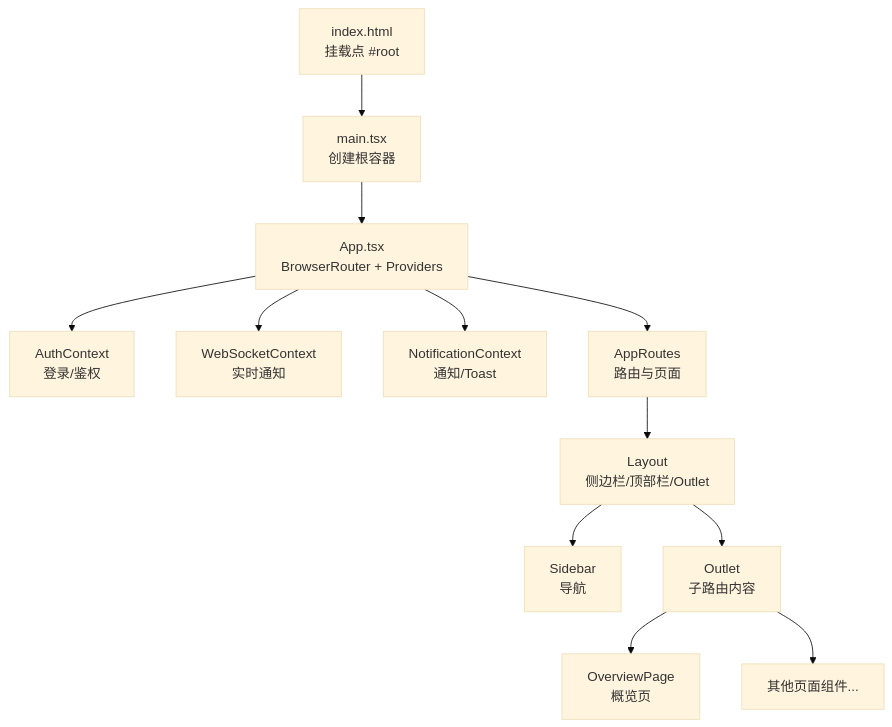
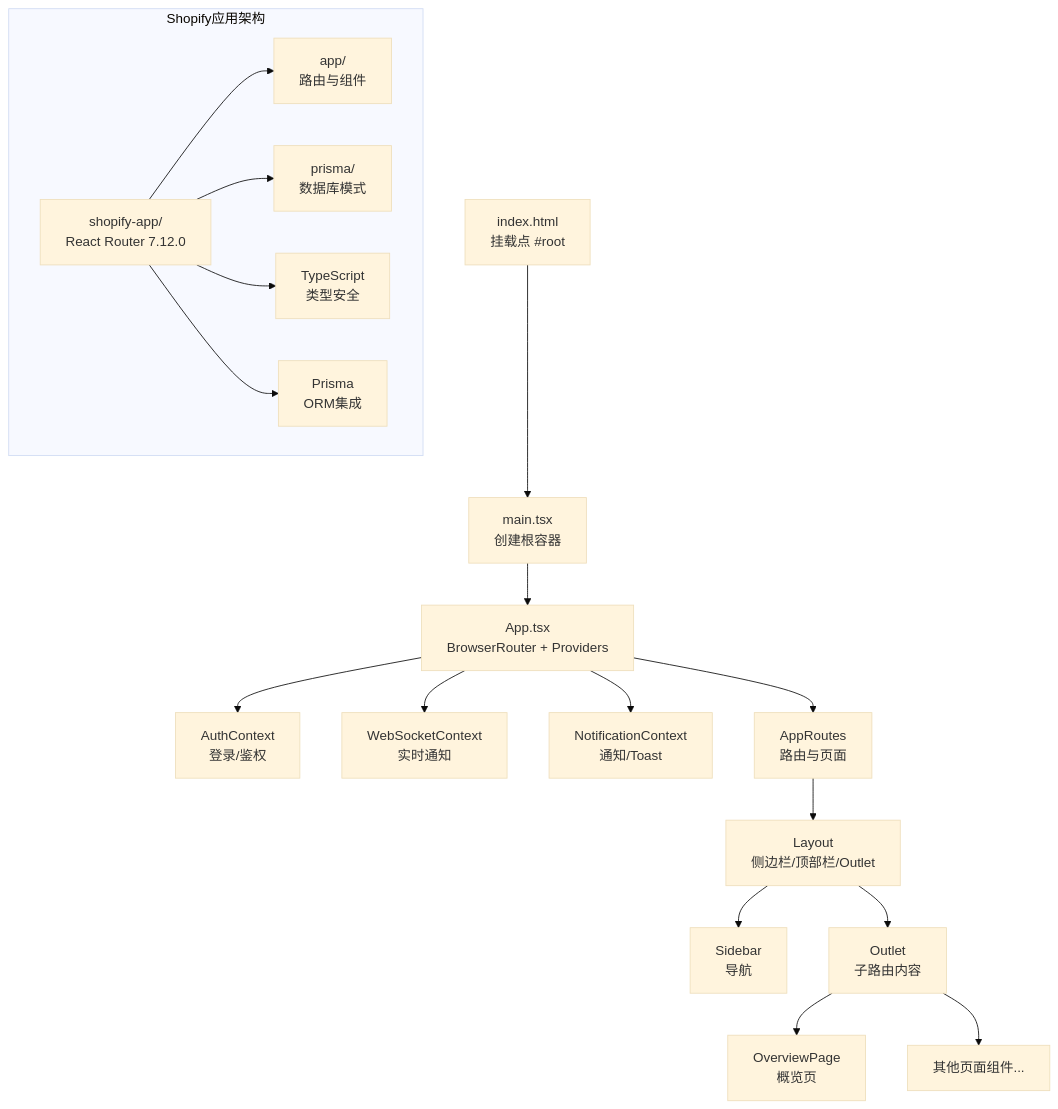
Before and after one commit to angledick/-: the first of 11 diagrams in .qoder/repowiki/zh/content/前端应用架构/React应用结构.md, drawn with Mermaid (base theme). The commit also changed other lines of this file and 9 other files, not shown here.

````diff
--- a/.qoder/repowiki/zh/content/前端应用架构/React应用结构.md
+++ b/.qoder/repowiki/zh/content/前端应用架构/React应用结构.md
@@ -60,14 +83,21 @@
 ```mermaid
 graph TB
 A["index.html<br/>挂载点 #root"] --> B["main.tsx<br/>创建根容器"]
 B --> C["App.tsx<br/>BrowserRouter + Providers"]
 C --> D["AuthContext<br/>登录/鉴权"]
 C --> E["WebSocketContext<br/>实时通知"]
 C --> F["NotificationContext<br/>通知/Toast"]
 C --> G["AppRoutes<br/>路由与页面"]
 G --> H["Layout<br/>侧边栏/顶部栏/Outlet"]
 H --> I["Sidebar<br/>导航"]
 H --> J["Outlet<br/>子路由内容"]
 J --> K["OverviewPage<br/>概览页"]
 J --> L["其他页面组件..."]
+subgraph "Shopify应用架构"
+S["shopify-app/<br/>React Router 7.12.0"]
+S --> R["app/<br/>路由与组件"]
+S --> P["prisma/<br/>数据库模式"]
+S --> T["TypeScript<br/>类型安全"]
+S --> PR["Prisma<br/>ORM集成"]
+end
 ```
````
